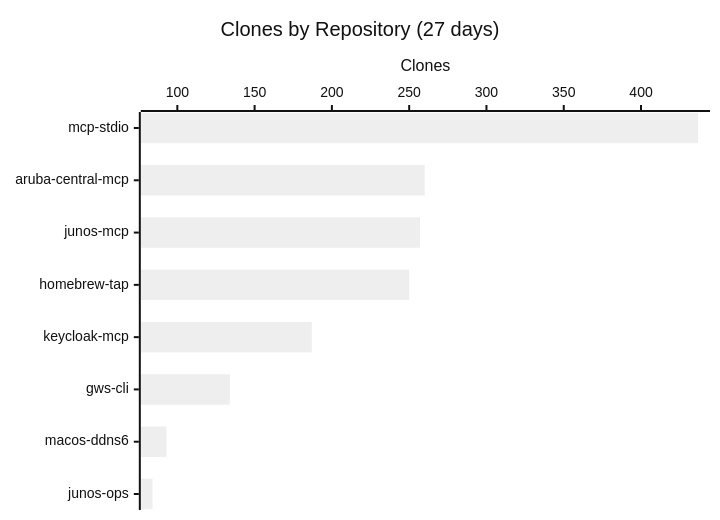
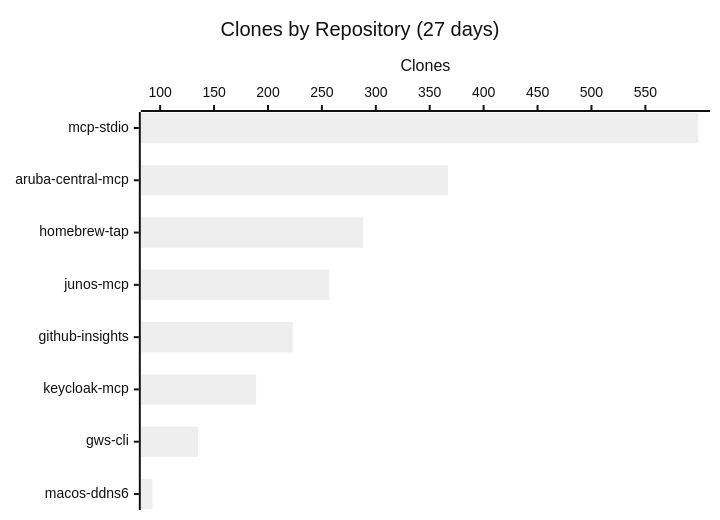
One commit to shigechika/github-insights changed the third of 3 diagrams in README.md. Above: the diagram before and after it, drawn with Mermaid (neutral theme). The commit also changed other lines of this file and 1 other file, not shown here.

````diff
--- a/README.md
+++ b/README.md
@@ -52,7 +52,7 @@
 ```mermaid
 xychart-beta horizontal
     title "Clones by Repository (27 days)"
-    x-axis ["mcp-stdio", "aruba-central-mcp", "junos-mcp", "homebrew-tap", "keycloak-mcp", "gws-cli", "macos-ddns6", "junos-ops"]
+    x-axis ["mcp-stdio", "aruba-central-mcp", "homebrew-tap", "junos-mcp", "github-insights", "keycloak-mcp", "gws-cli", "macos-ddns6"]
     y-axis "Clones"
-    bar [437, 260, 257, 250, 187, 134, 93, 84]
+    bar [599, 367, 288, 257, 223, 189, 135, 93]
 ```
````
